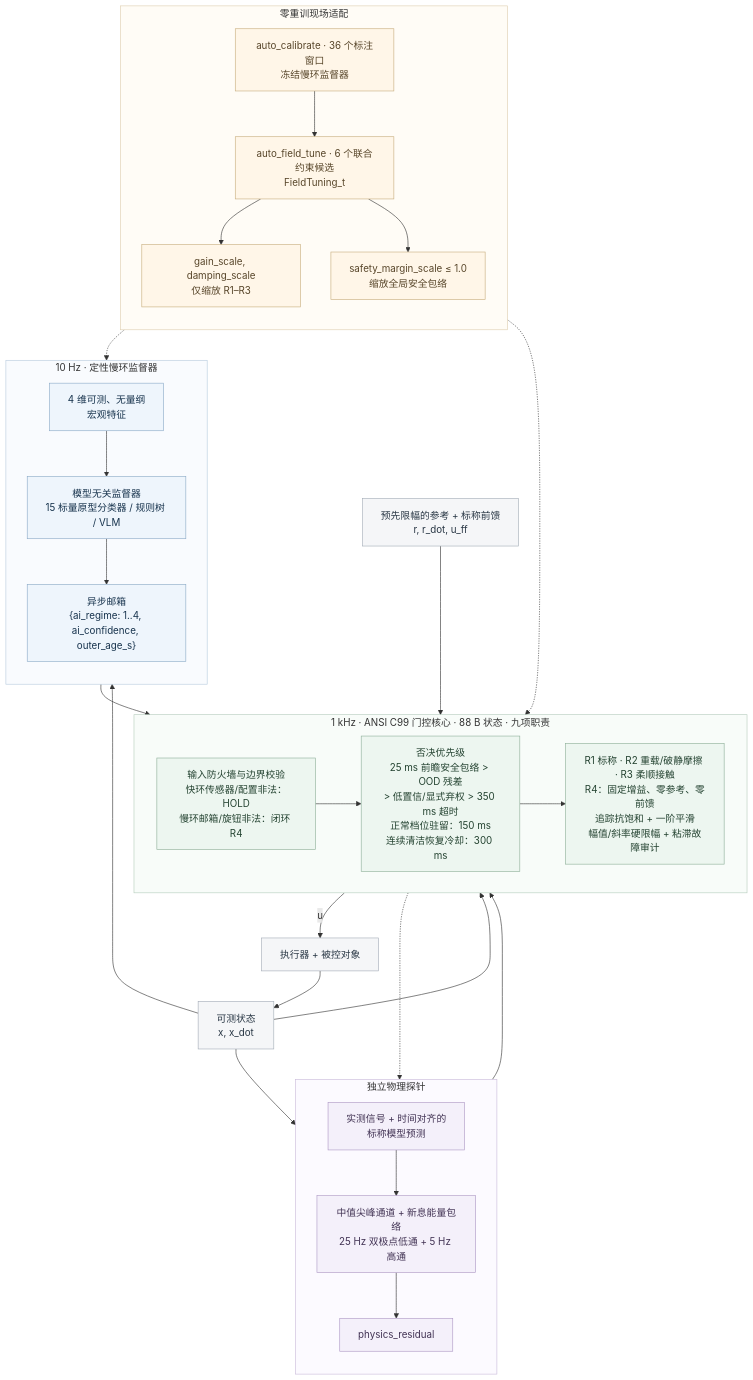
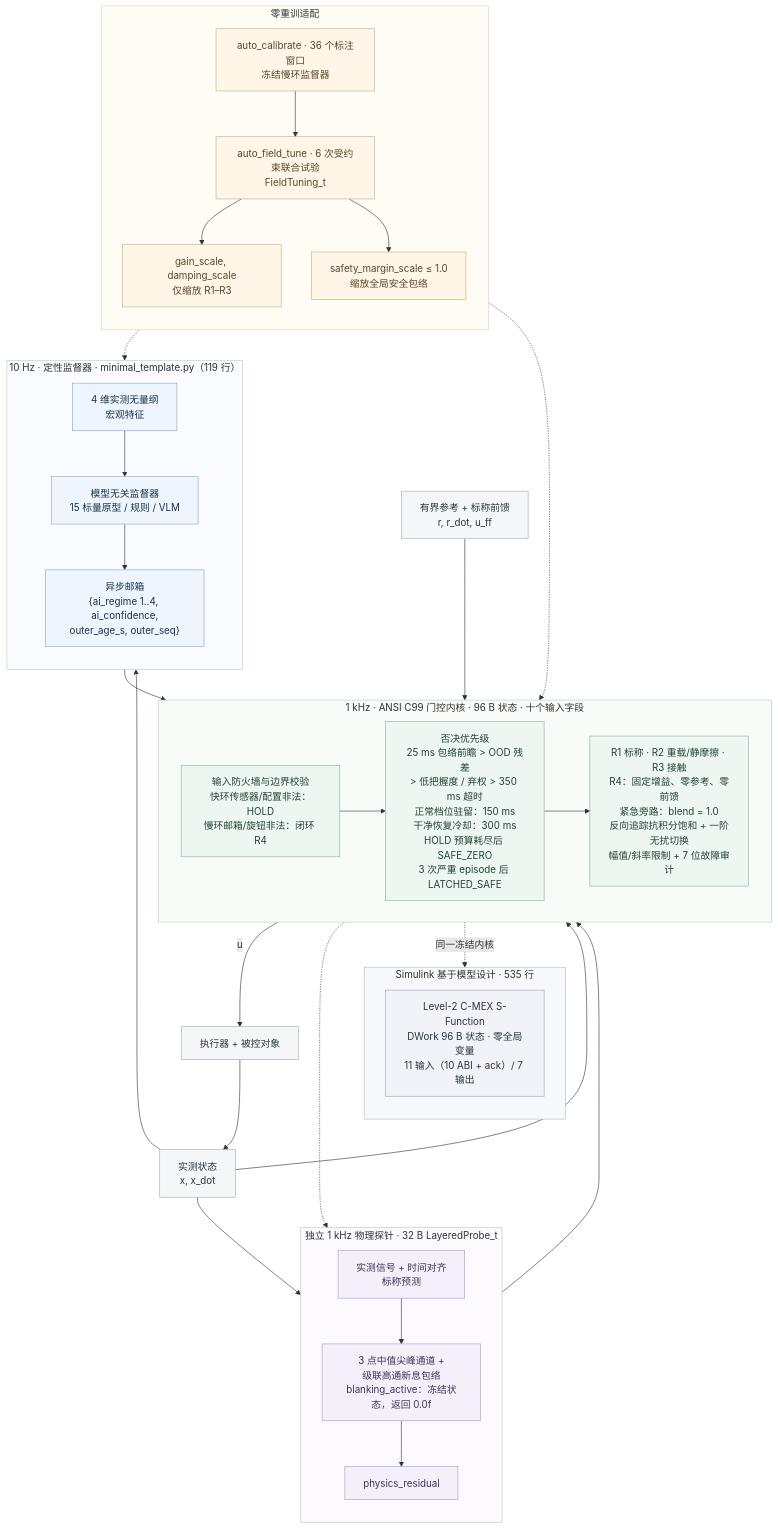
One commit to lijiawei255/ai-layered-control changed the diagram in README_zh.md. Above: the diagram before and after it, drawn with Mermaid. The commit also changed other lines of this file and 27 other files, not shown here.

Commit message:
chore: finalize v2.0.2 reference architecture, S-Function adapter, and cross-engine parity

````diff
--- a/README_zh.md
+++ b/README_zh.md
@@ -36,62 +54,70 @@
 ```mermaid
 flowchart TB
-    subgraph slow["10 Hz · 定性慢环监督器"]
+    subgraph slow["10 Hz · 定性监督器 · minimal_template.py（119 行）"]
         direction TB
-        features["4 维可测、无量纲<br/>宏观特征"]
-        supervisor["模型无关监督器<br/>15 标量原型分类器 / 规则树 / VLM"]
-        mailbox["异步邮箱<br/>{ai_regime: 1..4, ai_confidence, outer_age_s}"]
+        features["4 维实测无量纲<br/>宏观特征"]
+        supervisor["模型无关监督器<br/>15 标量原型 / 规则 / VLM"]
+        mailbox["异步邮箱<br/>{ai_regime 1..4, ai_confidence,<br/>outer_age_s, outer_seq}"]
         features --> supervisor --> mailbox
     end
-    subgraph probe["独立物理探针"]
+    subgraph probe["独立 1 kHz 物理探针 · 32 B LayeredProbe_t"]
         direction TB
-        innovation["实测信号 + 时间对齐的<br/>标称模型预测"]
-        channels["中值尖峰通道 + 新息能量包络<br/>25 Hz 双极点低通 + 5 Hz 高通"]
+        innovation["实测信号 + 时间对齐<br/>标称预测"]
+        channels["3 点中值尖峰通道 +<br/>级联高通新息包络<br/>blanking_active：冻结状态，返回 0.0f"]
         residual["physics_residual"]
         innovation --> channels --> residual
     end
-    subgraph fast["1 kHz · ANSI C99 门控核心 · 88 B 状态 · 九项职责"]
+    subgraph fast["1 kHz · ANSI C99 门控内核 · 96 B 状态 · 十个输入字段"]
         direction LR
         firewall["输入防火墙与边界校验<br/>快环传感器/配置非法：HOLD<br/>慢环邮箱/旋钮非法：闭环 R4"]
-        gates["否决优先级<br/>25 ms 前瞻安全包络 > OOD 残差<br/>> 低置信/显式弃权 > 350 ms 超时<br/>正常档位驻留：150 ms<br/>连续清洁恢复冷却：300 ms"]
-        bank["R1 标称 · R2 重载/破静摩擦 · R3 柔顺接触<br/>R4：固定增益、零参考、零前馈<br/>追踪抗饱和 + 一阶平滑<br/>幅值/斜率硬限幅 + 粘滞故障审计"]
+        gates["否决优先级<br/>25 ms 包络前瞻 > OOD 残差<br/>> 低把握度 / 弃权 > 350 ms 超时<br/>正常档位驻留：150 ms<br/>干净恢复冷却：300 ms<br/>HOLD 预算耗尽后 SAFE_ZERO<br/>3 次严重 episode 后 LATCHED_SAFE"]
+        bank["R1 标称 · R2 重载/静摩擦 · R3 接触<br/>R4：固定增益、零参考、零前馈<br/>紧急旁路：blend = 1.0<br/>反向追踪抗积分饱和 + 一阶无扰切换<br/>幅值/斜率限制 + 7 位故障审计"]
         firewall --> gates --> bank
     end
-    subgraph adapt["零重训现场适配"]
+    subgraph mbd["Simulink 基于模型设计 · 535 行"]
+        direction TB
+        sfun["Level-2 C-MEX S-Function<br/>DWork 96 B 状态 · 零全局变量<br/>11 输入（10 ABI + ack）/ 7 输出"]
+    end
+    subgraph adapt["零重训适配"]
         direction TB
         calibrate["auto_calibrate · 36 个标注窗口<br/>冻结慢环监督器"]
-        tune["auto_field_tune · 6 个联合约束候选<br/>FieldTuning_t"]
+        tune["auto_field_tune · 6 次受约束联合试验<br/>FieldTuning_t"]
         gains["gain_scale, damping_scale<br/>仅缩放 R1–R3"]
         margin["safety_margin_scale ≤ 1.0<br/>缩放全局安全包络"]
         calibrate --> tune
         tune --> gains
         tune --> margin
     end
-    reference["预先限幅的参考 + 标称前馈<br/>r, r_dot, u_ff"]
+    reference["有界参考 + 标称前馈<br/>r, r_dot, u_ff"]
     plant["执行器 + 被控对象"]
-    sensor["可测状态<br/>x, x_dot"]
+    sensor["实测状态<br/>x, x_dot"]
     reference --> fast
     slow --> fast
     probe --> fast
     fast -->|"u"| plant
     plant --> sensor
     sensor --> fast
     sensor --> slow
     sensor --> probe
     fast -.-> probe
+    fast -.->|"同一冻结内核"| sfun
     adapt -.-> slow
     adapt -.-> fast
     classDef slowNode fill:#eef5fc,stroke:#8baac7,color:#17334d;
     classDef probeNode fill:#f4f0fa,stroke:#ad98c5,color:#423354;
     classDef coreNode fill:#edf6f0,stroke:#8eaf99,color:#244331;
     classDef adaptNode fill:#fff6e8,stroke:#c7ad7d,color:#58462a;
     classDef ioNode fill:#f5f6f8,stroke:#a4acb7,color:#283644;
+    classDef mbdNode fill:#f1f3f8,stroke:#9aa7bd,color:#2a3446;
     class features,supervisor,mailbox slowNode;
     class innovation,channels,residual probeNode;
     class firewall,gates,bank coreNode;
     class calibrate,tune,gains,margin adaptNode;
     class reference,plant,sensor ioNode;
+    class sfun mbdNode;
     style slow fill:#f9fbfe,stroke:#b8cbde
     style probe fill:#fcfaff,stroke:#c9bbda
     style fast fill:#f8fcf9,stroke:#b6cdbd
+    style mbd fill:#f7f8fb,stroke:#b3bccd
     style adapt fill:#fffcf6,stroke:#dfcfaf
 ```
````
